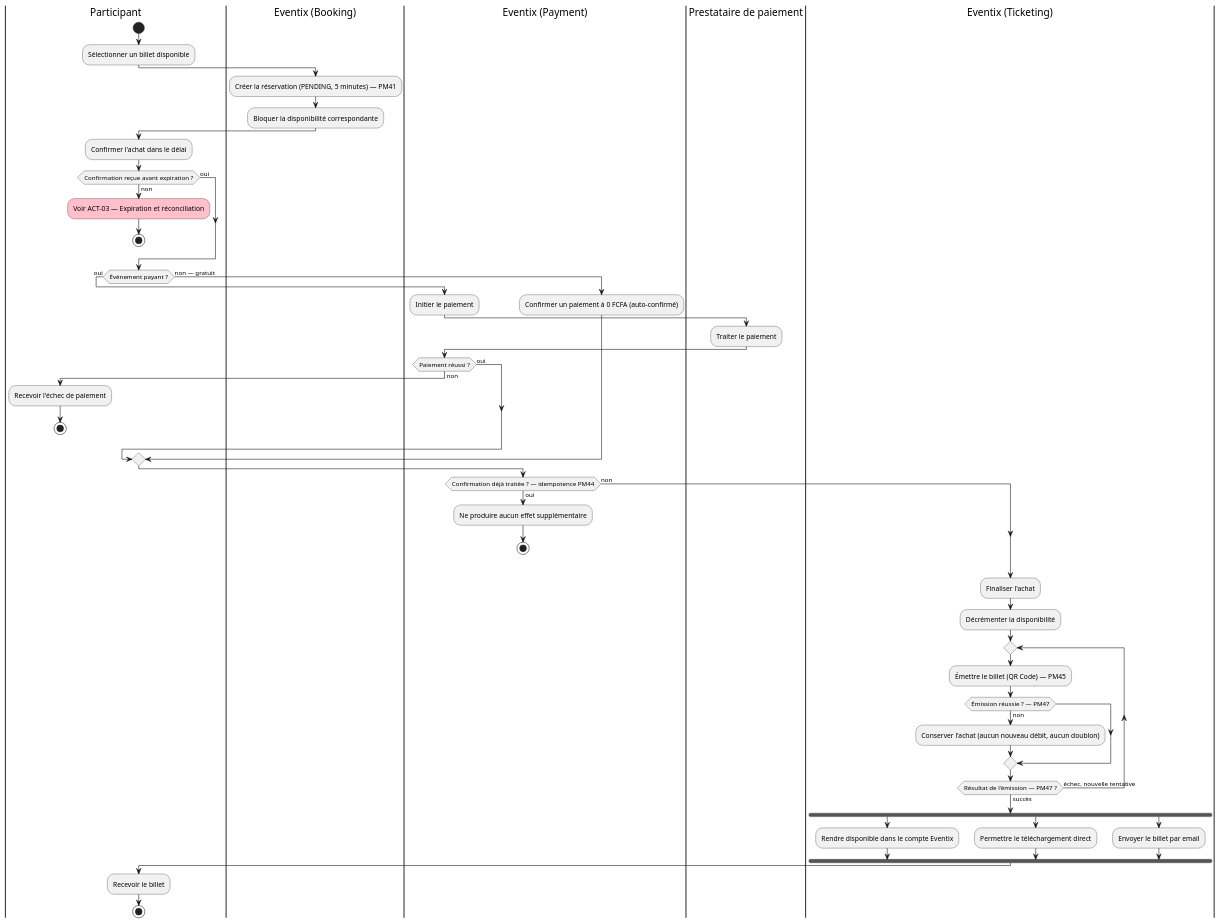
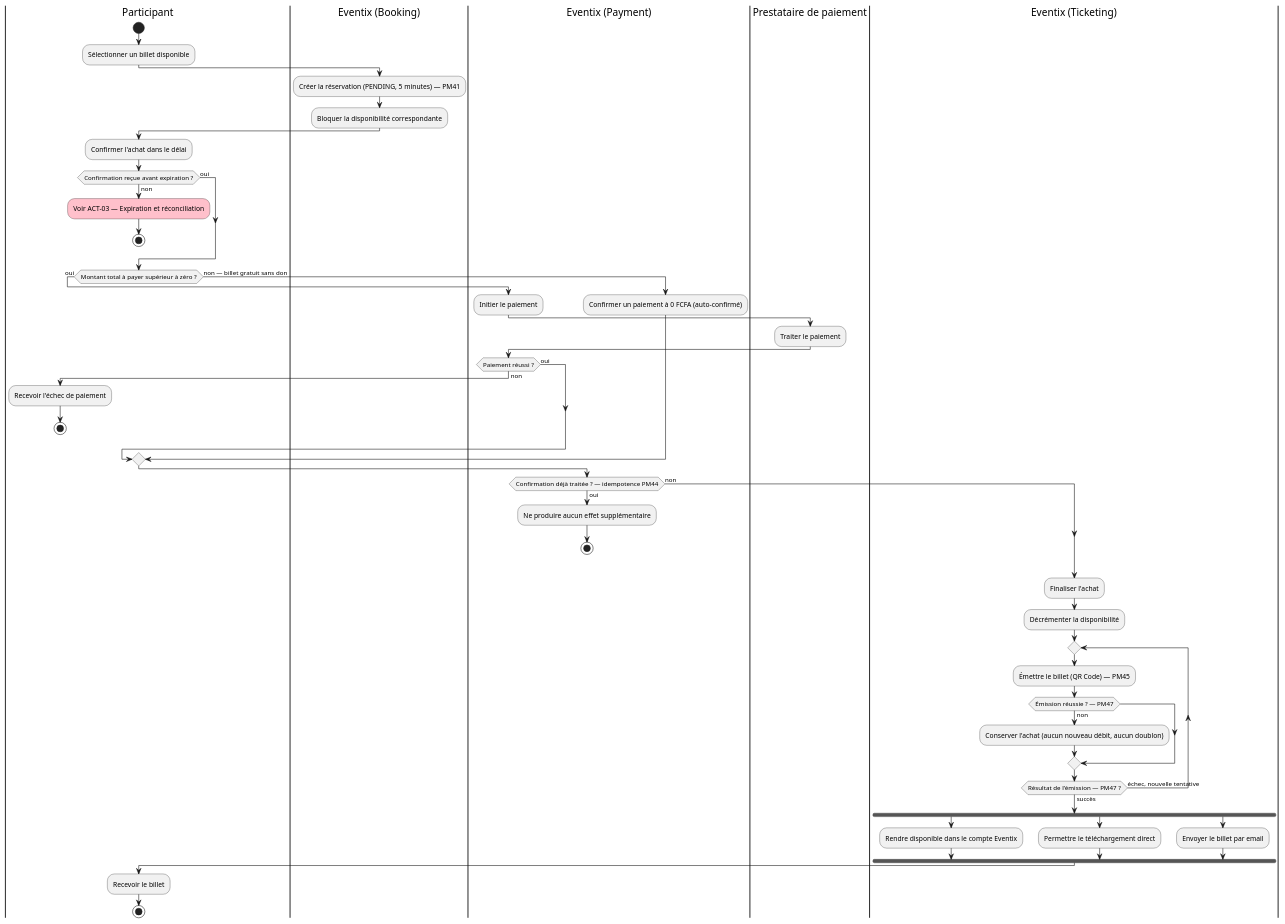
The second of 11 diagrams in docs/06-modelisation-uml/diagrammes-d-activite.md (SamuHabra/eventix-documentation), drawn with PlantUML before and after one commit. The commit also changed 67 other files, not shown here.

````diff
--- a/docs/06-modelisation-uml/diagrammes-d-activite.md
+++ b/docs/06-modelisation-uml/diagrammes-d-activite.md
@@ -111,58 +111,58 @@
 ```plantuml
 @startuml act-02-reservation-paiement-emission
 skinparam ArrowFontSize 11
 |Participant|
 start
 :Sélectionner un billet disponible;
 |Eventix (Booking)|
 :Créer la réservation (PENDING, 5 minutes) — PM41;
 :Bloquer la disponibilité correspondante;
 |Participant|
 :Confirmer l'achat dans le délai;
 if (Confirmation reçue avant expiration ?) then (non)
   #pink:Voir ACT-03 — Expiration et réconciliation;
   stop
 else (oui)
 endif
-if (Événement payant ?) then (oui)
+if (Montant total à payer supérieur à zéro ?) then (oui)
   |Eventix (Payment)|
   :Initier le paiement;
   |Prestataire de paiement|
   :Traiter le paiement;
   |Eventix (Payment)|
   if (Paiement réussi ?) then (non)
     |Participant|
     :Recevoir l'échec de paiement;
     stop
   else (oui)
   endif
-else (non — gratuit)
+else (non — billet gratuit sans don)
   |Eventix (Payment)|
   :Confirmer un paiement à 0 FCFA (auto-confirmé);
 endif
 if (Confirmation déjà traitée ? — idempotence PM44) then (oui)
   :Ne produire aucun effet supplémentaire;
   stop
 else (non)
 endif
 |Eventix (Ticketing)|
 :Finaliser l'achat;
 :Décrémenter la disponibilité;
 repeat
   :Émettre le billet (QR Code) — PM45;
   if (Émission réussie ? — PM47) then (non)
     :Conserver l'achat (aucun nouveau débit, aucun doublon);
   endif
 repeat while (Résultat de l'émission — PM47 ?) is (échec, nouvelle tentative) not (succès)
 fork
   :Rendre disponible dans le compte Eventix;
 fork again
   :Permettre le téléchargement direct;
 fork again
   :Envoyer le billet par email;
 end fork
 |Participant|
 :Recevoir le billet;
 stop
 @enduml
 ```
````
